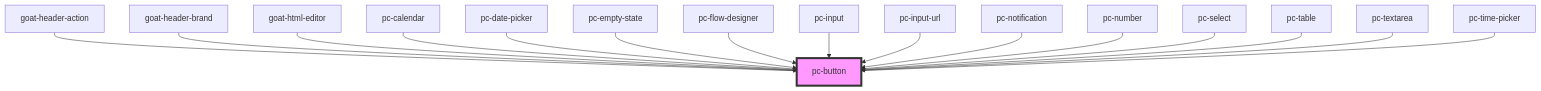
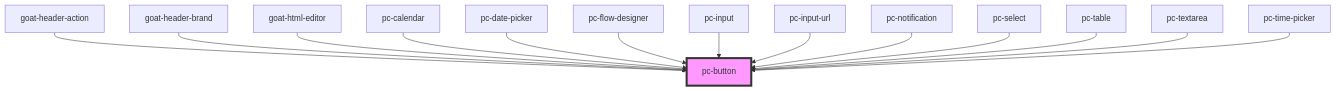
Before and after one commit to redvars/peacock: the diagram in src/components/button/readme.md, drawn with Mermaid. The commit also changed other lines of this file and 110 other files, not shown here.

````diff
--- a/src/components/button/readme.md
+++ b/src/components/button/readme.md
@@ -91,19 +105,17 @@
 ```mermaid
 graph TD;
   goat-header-action --> pc-button
   goat-header-brand --> pc-button
   goat-html-editor --> pc-button
   pc-calendar --> pc-button
   pc-date-picker --> pc-button
-  pc-empty-state --> pc-button
   pc-flow-designer --> pc-button
   pc-input --> pc-button
   pc-input-url --> pc-button
   pc-notification --> pc-button
-  pc-number --> pc-button
   pc-select --> pc-button
   pc-table --> pc-button
   pc-textarea --> pc-button
   pc-time-picker --> pc-button
   style pc-button fill:#f9f,stroke:#333,stroke-width:4px
 ```
````
